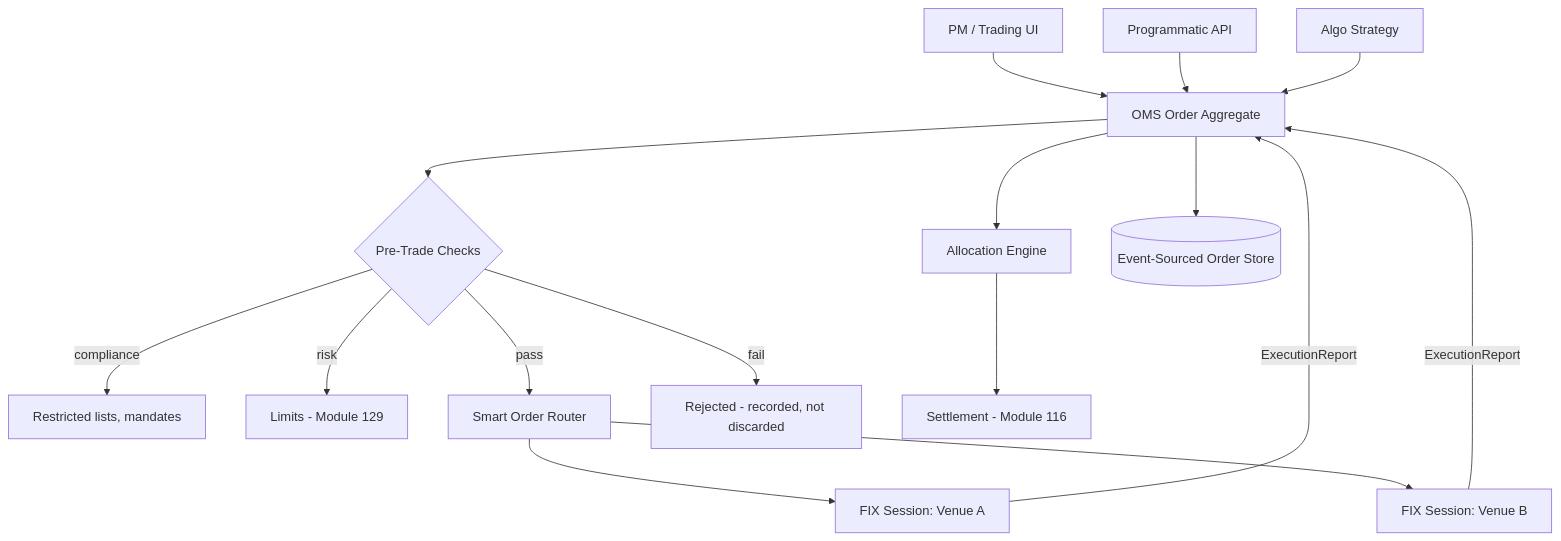
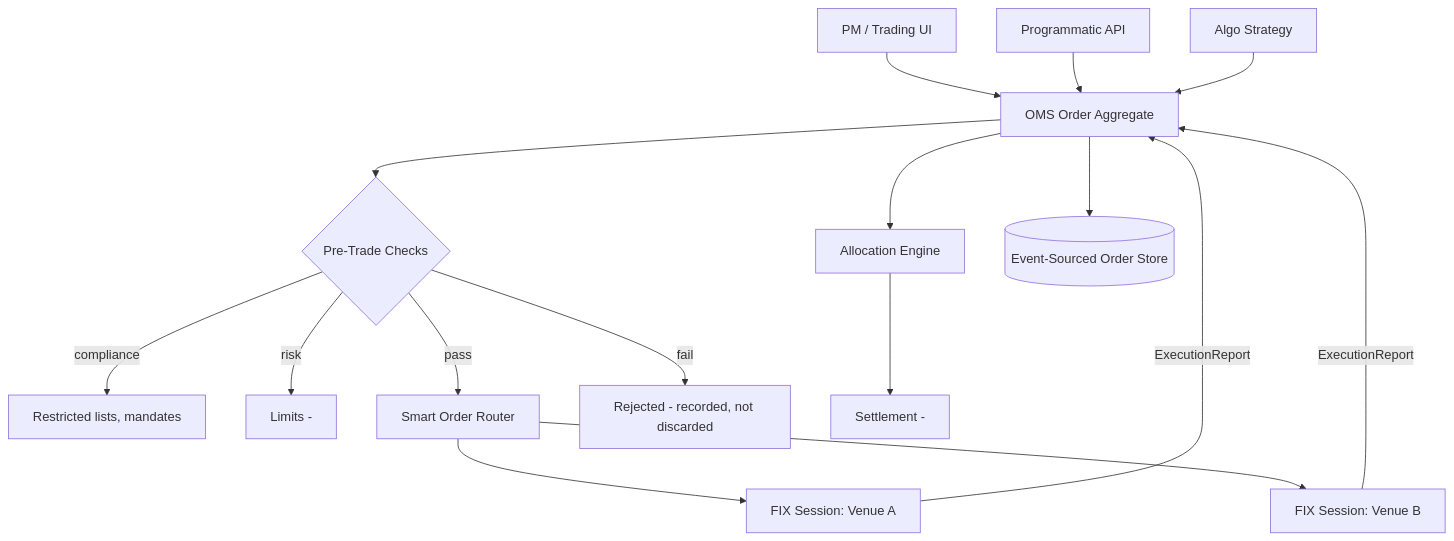
Before and after one commit to umashankarp/InterviewQuestions: the first of 4 diagrams in 14-System-Design/11-Designing-Order-Management-Trade-Lifecycle.md, drawn with Mermaid. The commit also changed other lines of this file and 173 other files, not shown here.

````diff
--- a/14-System-Design/11-Designing-Order-Management-Trade-Lifecycle.md
+++ b/14-System-Design/11-Designing-Order-Management-Trade-Lifecycle.md
@@ -73,18 +73,18 @@
 ```mermaid
 graph TB
-    PM[PM / Trading UI] --> OMS[OMS Order Aggregate]
-    API[Programmatic API] --> OMS
-    ALGO[Algo Strategy] --> OMS
-    OMS --> CHK{Pre-Trade Checks}
-    CHK -->|compliance| COMP[Restricted lists, mandates]
-    CHK -->|risk| RISK[Limits - Module 129]
-    CHK -->|pass| RTR[Smart Order Router]
-    CHK -->|fail| REJ[Rejected - recorded, not discarded]
-    RTR --> FIX1[FIX Session: Venue A]
-    RTR --> FIX2[FIX Session: Venue B]
-    FIX1 -->|ExecutionReport| OMS
-    FIX2 -->|ExecutionReport| OMS
-    OMS --> ALLOC[Allocation Engine]
-    ALLOC --> SETT[Settlement - Module 116]
-    OMS --> STORE[(Event-Sourced Order Store)]
+ PM[PM / Trading UI] --> OMS[OMS Order Aggregate]
+ API[Programmatic API] --> OMS
+ ALGO[Algo Strategy] --> OMS
+ OMS --> CHK{Pre-Trade Checks}
+ CHK -->|compliance| COMP[Restricted lists, mandates]
+ CHK -->|risk| RISK[Limits -]
+ CHK -->|pass| RTR[Smart Order Router]
+ CHK -->|fail| REJ[Rejected - recorded, not discarded]
+ RTR --> FIX1[FIX Session: Venue A]
+ RTR --> FIX2[FIX Session: Venue B]
+ FIX1 -->|ExecutionReport| OMS
+ FIX2 -->|ExecutionReport| OMS
+ OMS --> ALLOC[Allocation Engine]
+ ALLOC --> SETT[Settlement -]
+ OMS --> STORE[(Event-Sourced Order Store)]
 ```
````
